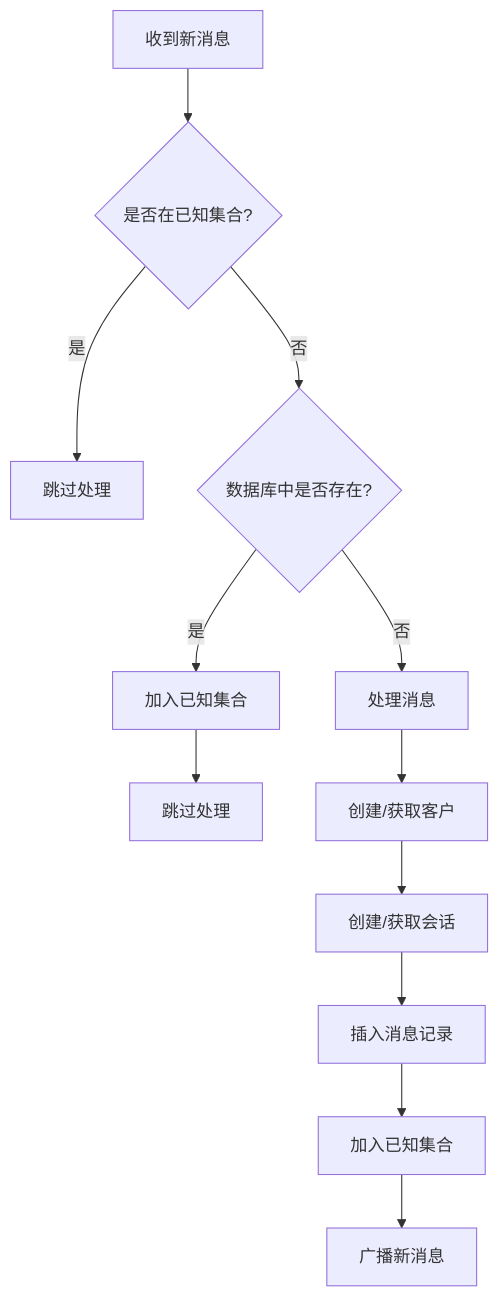
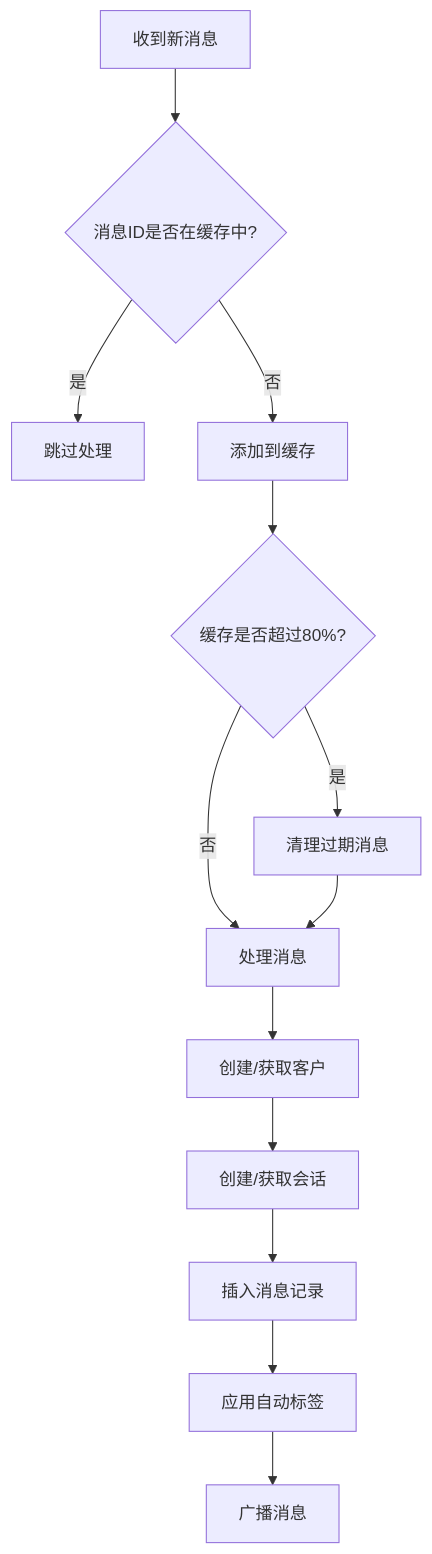
One commit to 2950730liao-hub/whatsapp-reply changed the seventh of 10 diagrams in .qoder/repowiki/zh/content/核心模块/WhatsApp集成模块.md. Above: the diagram before and after it, drawn with Mermaid. The commit also changed other lines of this file and 15 other files, not shown here.

````diff
--- a/.qoder/repowiki/zh/content/核心模块/WhatsApp集成模块.md
+++ b/.qoder/repowiki/zh/content/核心模块/WhatsApp集成模块.md
@@ -325,13 +441,15 @@
 ```mermaid
 flowchart TD
-NewMsg[收到新消息] --> CheckKnown{"是否在已知集合?"}
-CheckKnown --> |是| Skip1[跳过处理]
-CheckKnown --> |否| CheckDB{"数据库中是否存在?"}
-CheckDB --> |是| AddKnown[加入已知集合] --> Skip2[跳过处理]
-CheckDB --> |否| ProcessMsg[处理消息]
+NewMsg[收到新消息] --> CheckCache{"消息ID是否在缓存中?"}
+CheckCache --> |是| Skip[跳过处理]
+CheckCache --> |否| AddCache[添加到缓存]
+AddCache --> CheckSize{"缓存是否超过80%?"}
+CheckSize --> |是| Cleanup[清理过期消息]
+CheckSize --> |否| ProcessMsg[处理消息]
+Cleanup --> ProcessMsg
 ProcessMsg --> CreateCustomer[创建/获取客户]
 CreateCustomer --> CreateConv[创建/获取会话]
 CreateConv --> InsertMsg[插入消息记录]
-InsertMsg --> AddKnown2[加入已知集合]
-AddKnown2 --> Broadcast[广播新消息]
+InsertMsg --> ApplyTags[应用自动标签]
+ApplyTags --> Broadcast[广播消息]
 ```
````
